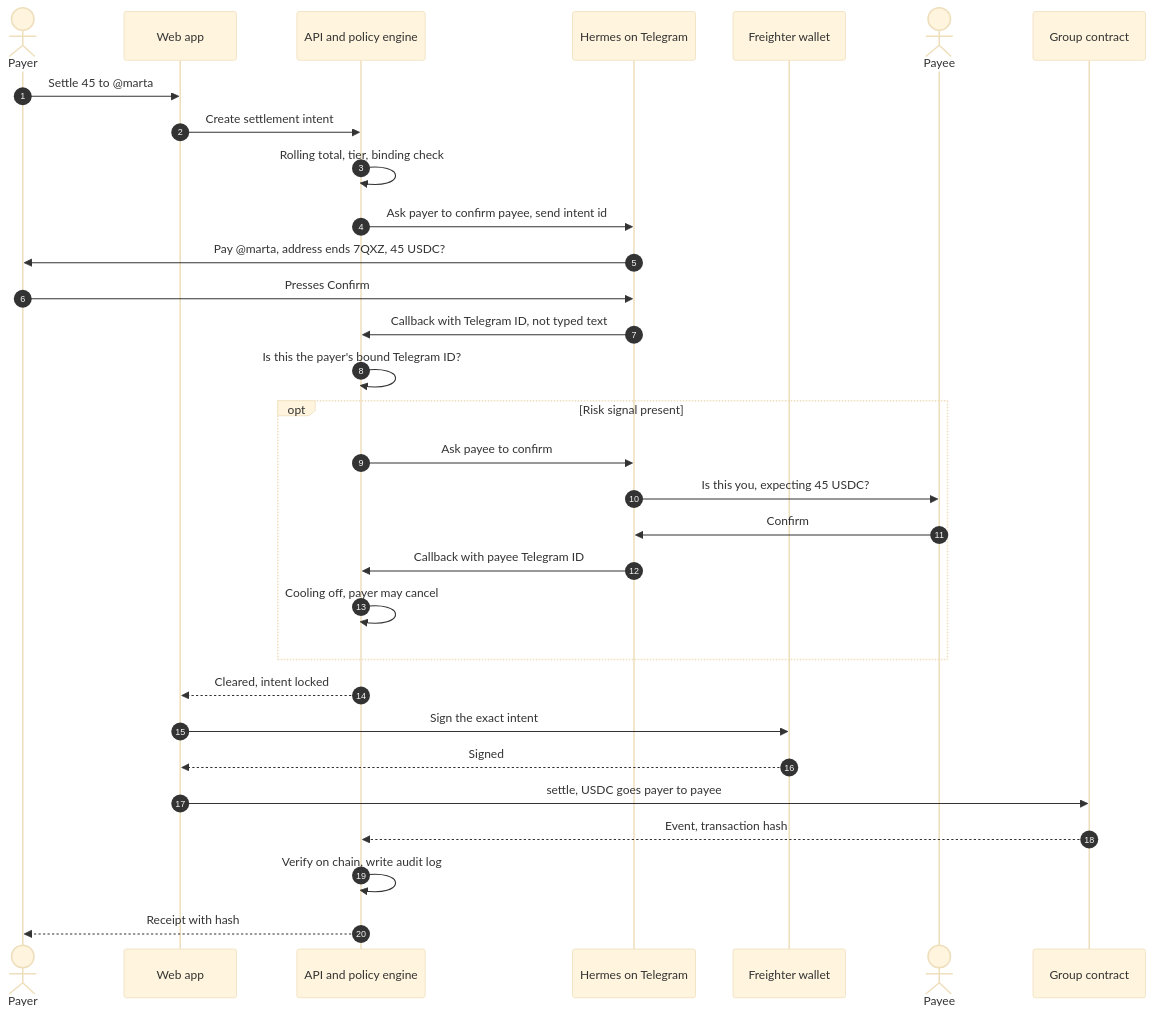
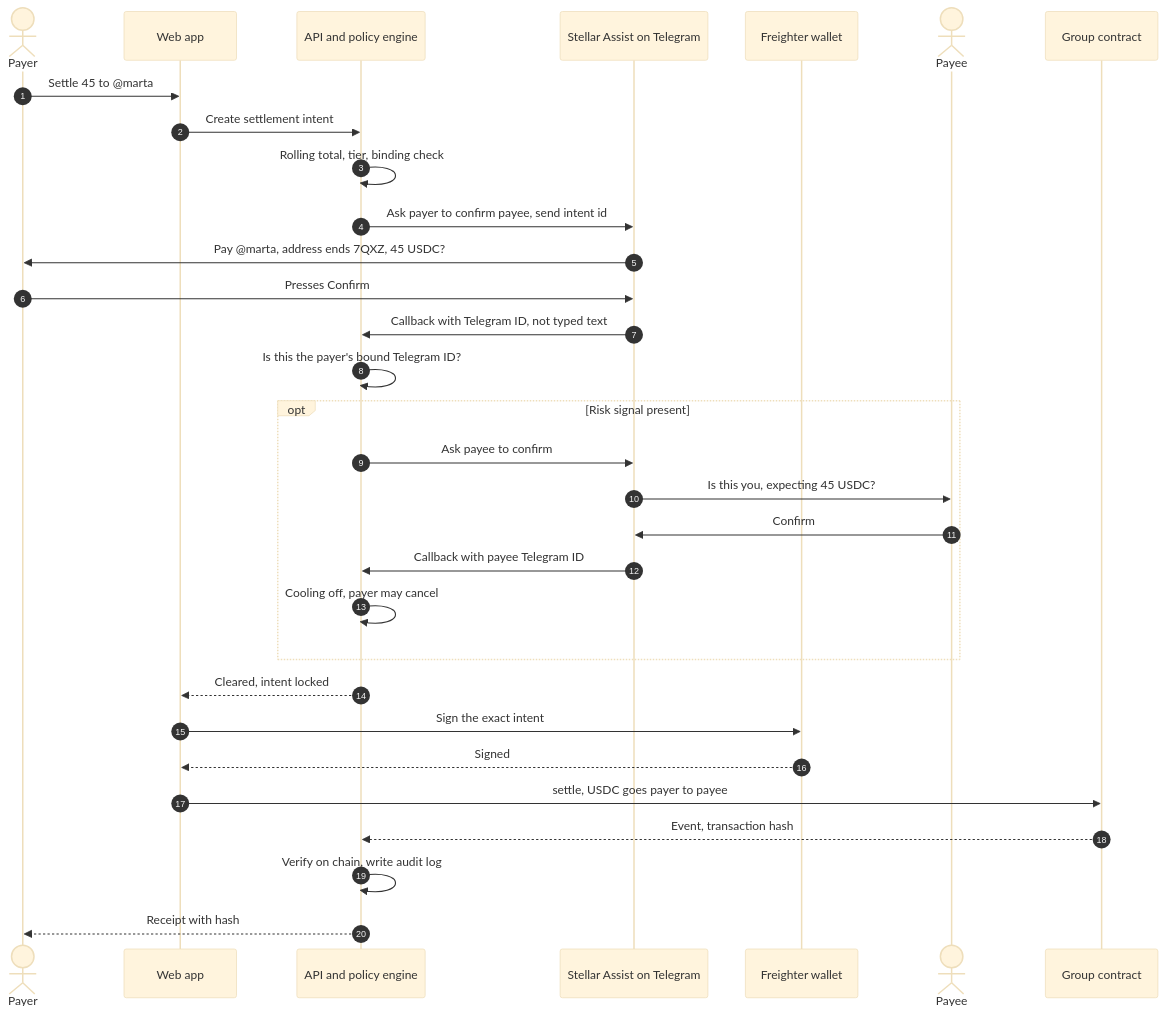
One commit to Michella-stack/Stellar-Split changed the second of 2 diagrams in docs/security/diagrams/verification-sequence.md. Above: the diagram before and after it, drawn with Mermaid (base theme). The commit also changed 7 other files, not shown here.

First line of the commit message:
docs(security): call the user-facing agent Stellar Assist

````diff
--- a/docs/security/diagrams/verification-sequence.md
+++ b/docs/security/diagrams/verification-sequence.md
@@ -34,34 +34,34 @@
 ```mermaid
 sequenceDiagram
   autonumber
   actor P as Payer
   participant W as Web app
   participant API as API and policy engine
-  participant H as Hermes on Telegram
+  participant H as Stellar Assist on Telegram
   participant F as Freighter wallet
   actor R as Payee
   participant C as Group contract
 
   P->>W: Settle 45 to @marta
   W->>API: Create settlement intent
   API->>API: Rolling total, tier, binding check
   API->>H: Ask payer to confirm payee, send intent id
   H->>P: Pay @marta, address ends 7QXZ, 45 USDC?
   P->>H: Presses Confirm
   H->>API: Callback with Telegram ID, not typed text
   API->>API: Is this the payer's bound Telegram ID?
   opt Risk signal present
     API->>H: Ask payee to confirm
     H->>R: Is this you, expecting 45 USDC?
     R->>H: Confirm
     H->>API: Callback with payee Telegram ID
     API->>API: Cooling off, payer may cancel
   end
   API-->>W: Cleared, intent locked
   W->>F: Sign the exact intent
   F-->>W: Signed
   W->>C: settle, USDC goes payer to payee
   C-->>API: Event, transaction hash
   API->>API: Verify on chain, write audit log
   API-->>P: Receipt with hash
 ```
````
